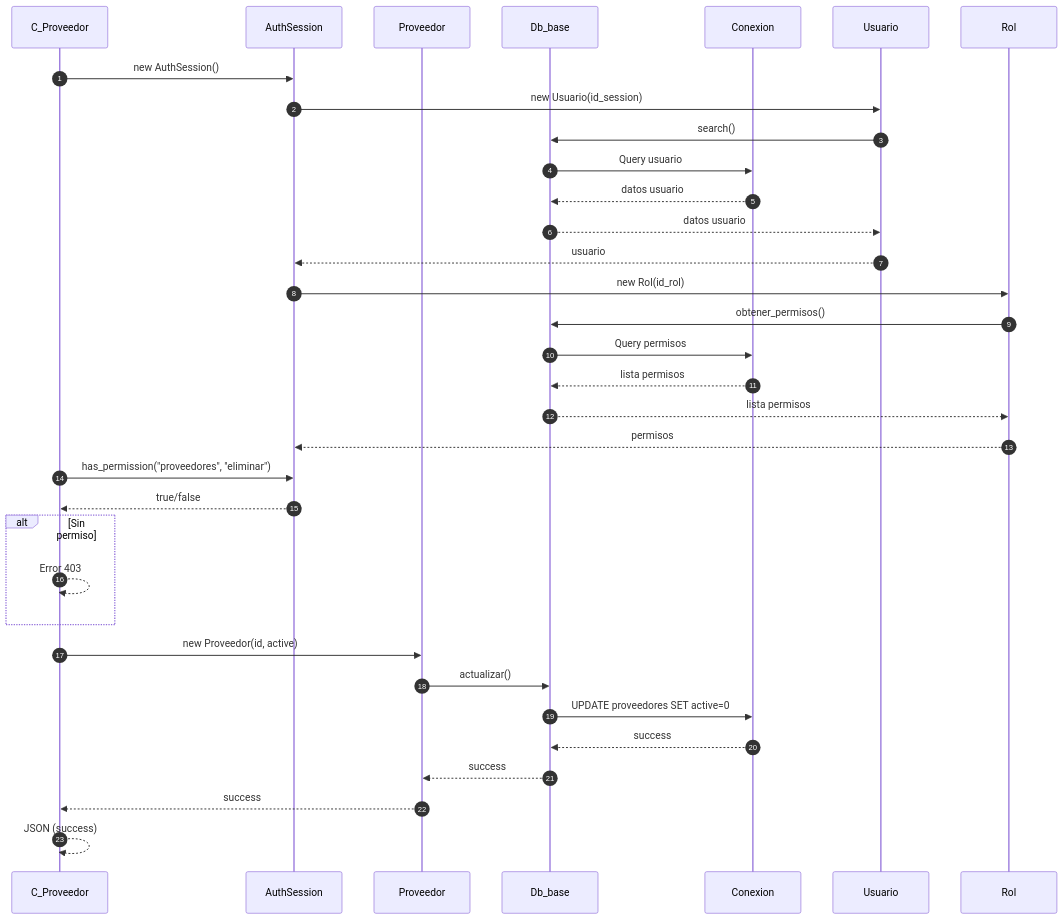
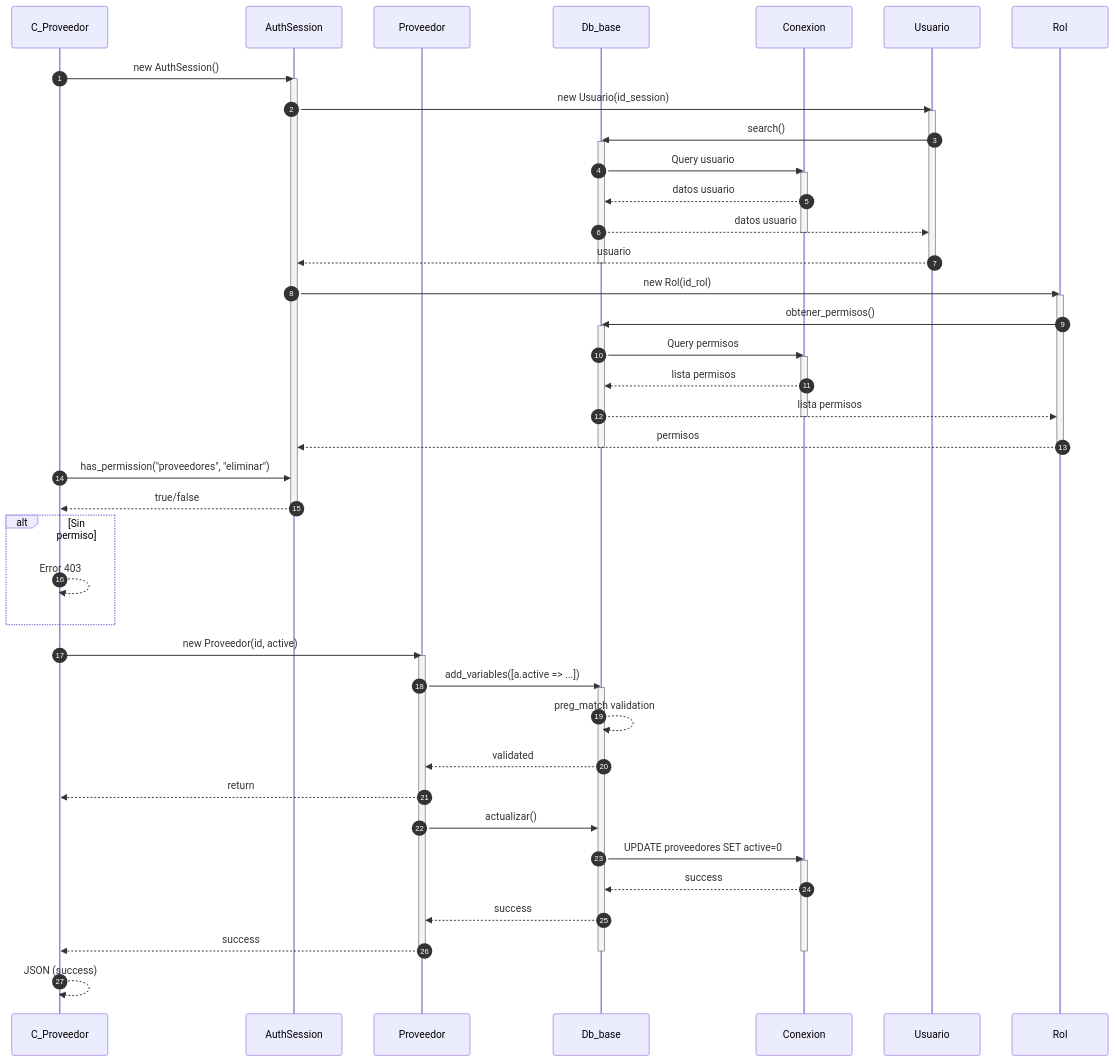
Before and after one commit to Tecrato/BurgerHouse: the fourth of 4 diagrams in docs/secuencia/proveedores/proveedores.md, drawn with Mermaid. The commit also changed other lines of this file and 16 other files, not shown here.

First line of the commit message:
Annotate mermaid sequences & throttle generator

````diff
--- a/docs/secuencia/proveedores/proveedores.md
+++ b/docs/secuencia/proveedores/proveedores.md
@@ -137,40 +205,64 @@
 ```mermaid
 sequenceDiagram
     autonumber
     participant C_Proveedor as C_Proveedor
     participant AuthSession as AuthSession
     participant Proveedor as Proveedor
     participant Db_base as Db_base
     participant Conexion as Conexion
     
     C_Proveedor->>AuthSession: new AuthSession()
+    activate AuthSession
     AuthSession->>Usuario: new Usuario(id_session)
+    activate Usuario
     Usuario->>Db_base: search()
+    activate Db_base
     Db_base->>Conexion: Query usuario
+    activate Conexion
     Conexion-->>Db_base: datos usuario
     Db_base-->>Usuario: datos usuario
+    deactivate Conexion
     Usuario-->>AuthSession: usuario
+    deactivate Usuario
+    deactivate Db_base
     
     AuthSession->>Rol: new Rol(id_rol)
+    activate Rol
     Rol->>Db_base: obtener_permisos()
+    activate Db_base
     Db_base->>Conexion: Query permisos
+    activate Conexion
     Conexion-->>Db_base: lista permisos
     Db_base-->>Rol: lista permisos
+    deactivate Conexion
     Rol-->>AuthSession: permisos
+    deactivate Rol
+    deactivate Db_base
     
     C_Proveedor->>AuthSession: has_permission("proveedores", "eliminar")
     AuthSession-->>C_Proveedor: true/false
+    deactivate AuthSession
     
     alt Sin permiso
         C_Proveedor-->>C_Proveedor: Error 403
     end
     
     C_Proveedor->>Proveedor: new Proveedor(id, active)
+    activate Proveedor
+    Proveedor->>Db_base: add_variables([a.active => ...])
+    activate Db_base
+    Db_base-->>Db_base: preg_match validation
+    Db_base-->>Proveedor: validated
+    Proveedor-->>C_Proveedor: return
     Proveedor->>Db_base: actualizar()
     Db_base->>Conexion: UPDATE proveedores SET active=0
+    activate Conexion
     Conexion-->>Db_base: success
     Db_base-->>Proveedor: success
     Proveedor-->>C_Proveedor: success
+    deactivate Proveedor
+    deactivate Conexion
+    deactivate Db_base
     
     C_Proveedor-->>C_Proveedor: JSON (success)
 ```
````
